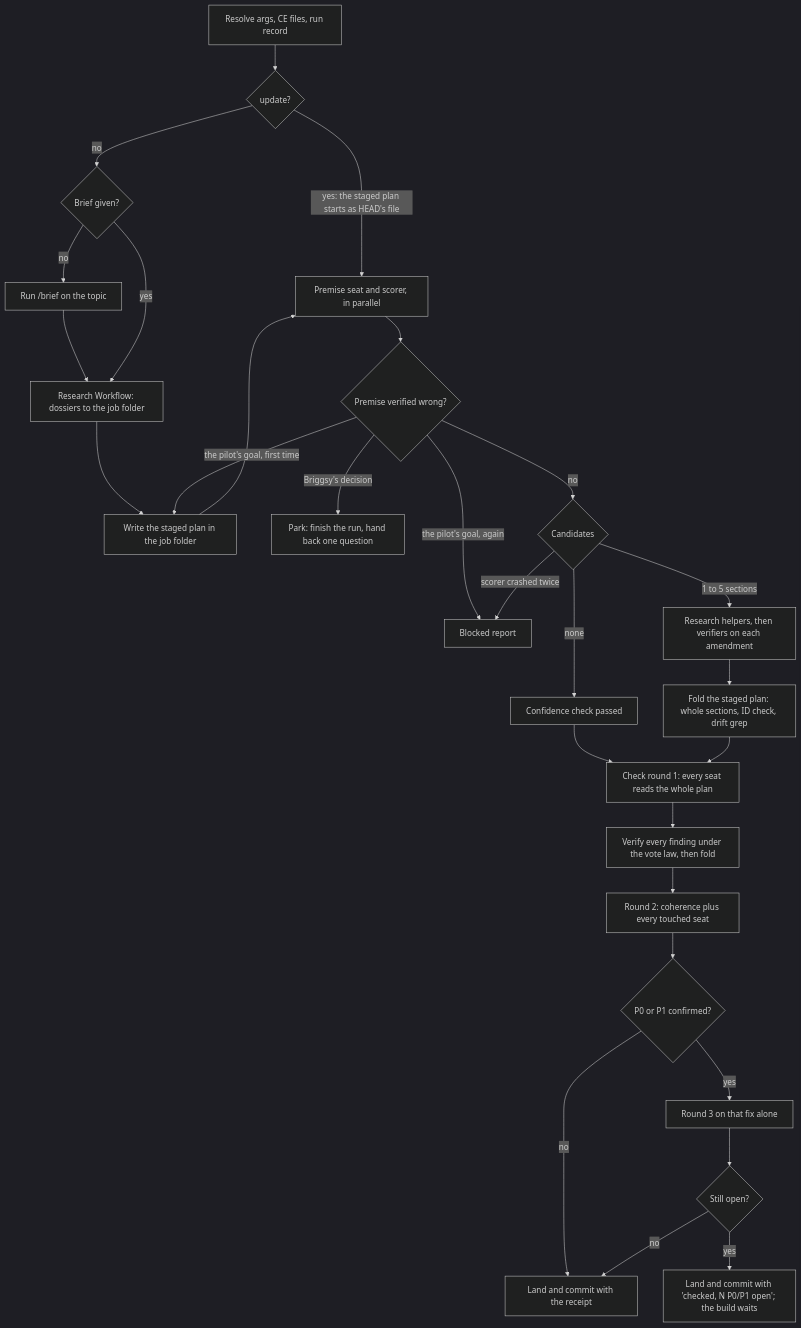
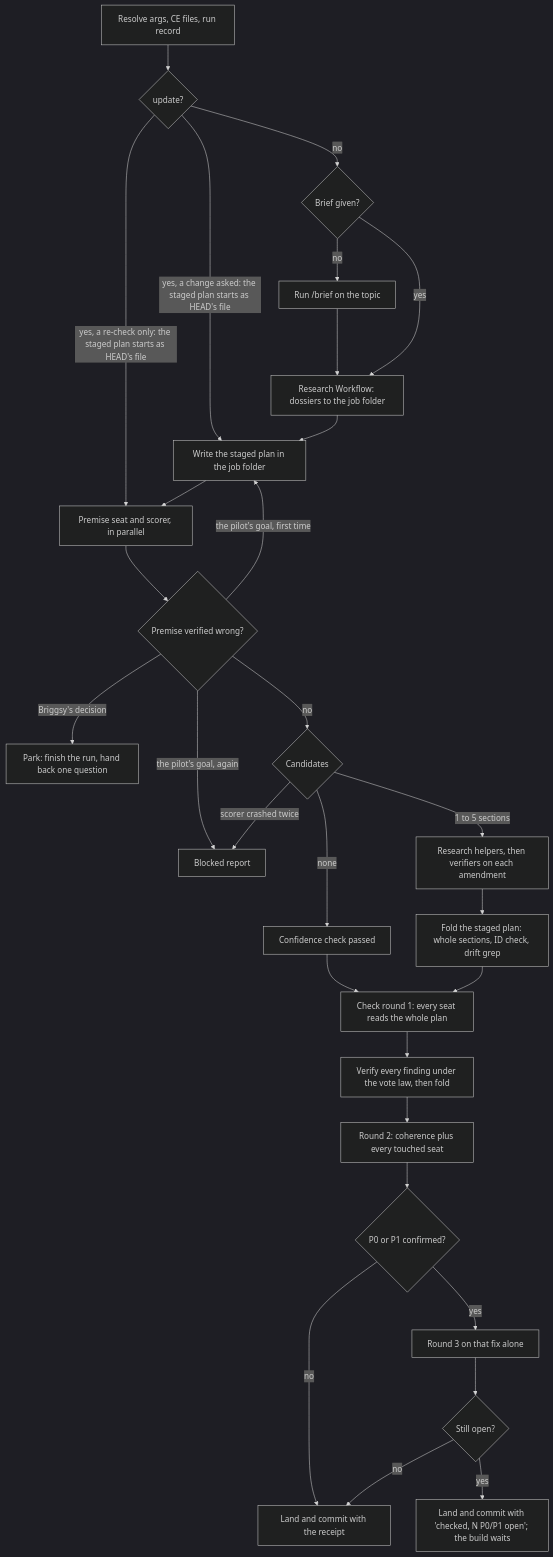
The second of 3 diagrams in projects/skills/ultramode-plan/docs/plans/hybrid-plan-step-plan.md (mbriggsy/ai-learning-journey), drawn with Mermaid (dark theme) before and after one commit. The commit also changed other lines of this file and 4 other files, not shown here.

````diff
--- a/projects/skills/ultramode-plan/docs/plans/hybrid-plan-step-plan.md
+++ b/projects/skills/ultramode-plan/docs/plans/hybrid-plan-step-plan.md
@@ -242,29 +243,30 @@
 ```mermaid
 flowchart TB
   A[Resolve args, CE files, run record] --> UP{update?}
-  UP -->|yes: the staged plan starts as HEAD's file| E
+  UP -->|yes, a change asked: the staged plan starts as HEAD's file| D
+  UP -->|yes, a re-check only: the staged plan starts as HEAD's file| E
   UP -->|no| B{Brief given?}
   B -->|no| B1[Run /brief on the topic] --> C
   B -->|yes| C[Research Workflow: dossiers to the job folder]
   C --> D[Write the staged plan in the job folder]
   D --> E[Premise seat and scorer, in parallel]
   E --> E1{Premise verified wrong?}
   E1 -->|the pilot's goal, first time| D
   E1 -->|the pilot's goal, again| X[Blocked report]
   E1 -->|Briggsy's decision| P[Park: finish the run, hand back one question]
   E1 -->|no| F{Candidates}
   F -->|scorer crashed twice| X
   F -->|none| G[Confidence check passed]
   F -->|1 to 5 sections| H[Research helpers, then verifiers on each amendment]
   H --> I[Fold the staged plan: whole sections, ID check, drift grep]
   G --> J[Check round 1: every seat reads the whole plan]
   I --> J
   J --> K[Verify every finding under the vote law, then fold]
   K --> L[Round 2: coherence plus every touched seat]
   L --> M{P0 or P1 confirmed?}
   M -->|no| N[Land and commit with the receipt]
   M -->|yes| O[Round 3 on that fix alone]
   O --> Q{Still open?}
   Q -->|no| N
   Q -->|yes| R["Land and commit with 'checked, N P0/P1 open'; the build waits"]
 ```
````
